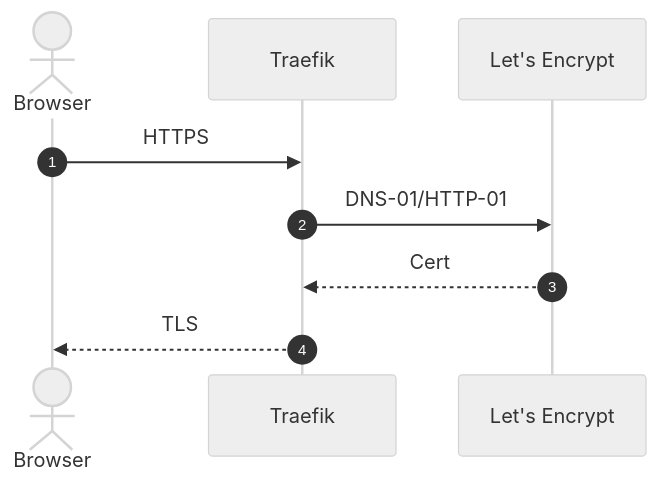
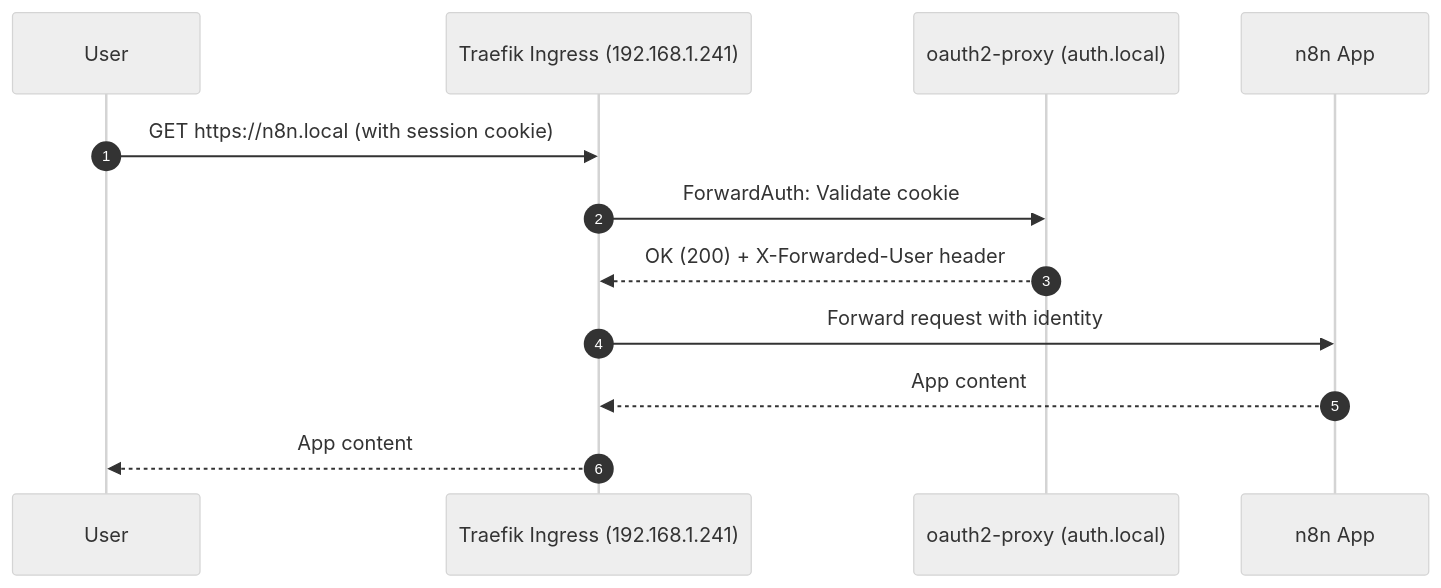
One commit to seadogger-tech/seadogger-homelab changed the seventh of 8 diagrams in docs/wiki/08-Security-and-Certificates.md. Above: the diagram before and after it, drawn with Mermaid (neutral theme). The commit also changed other lines of this file and 40 other files, not shown here.

````diff
--- a/docs/wiki/08-Security-and-Certificates.md
+++ b/docs/wiki/08-Security-and-Certificates.md
@@ -4,11 +279,15 @@
 ```mermaid
 sequenceDiagram
-  autonumber
-  actor User as Browser
-  participant Traefik
-  participant ACME as Let's Encrypt
-  User->>Traefik: HTTPS
-  Traefik->>ACME: DNS-01/HTTP-01
-  ACME-->>Traefik: Cert
-  Traefik-->>User: TLS
+    autonumber
+    participant User
+    participant Traefik as Traefik Ingress (192.168.1.241)
+    participant OAuth2Proxy as oauth2-proxy (auth.local)
+    participant N8N as n8n App
+
+    User->>Traefik: GET https://n8n.local (with session cookie)
+    Traefik->>OAuth2Proxy: ForwardAuth: Validate cookie
+    OAuth2Proxy-->>Traefik: OK (200) + X-Forwarded-User header
+    Traefik->>N8N: Forward request with identity
+    N8N-->>Traefik: App content
+    Traefik-->>User: App content
 ```
````
